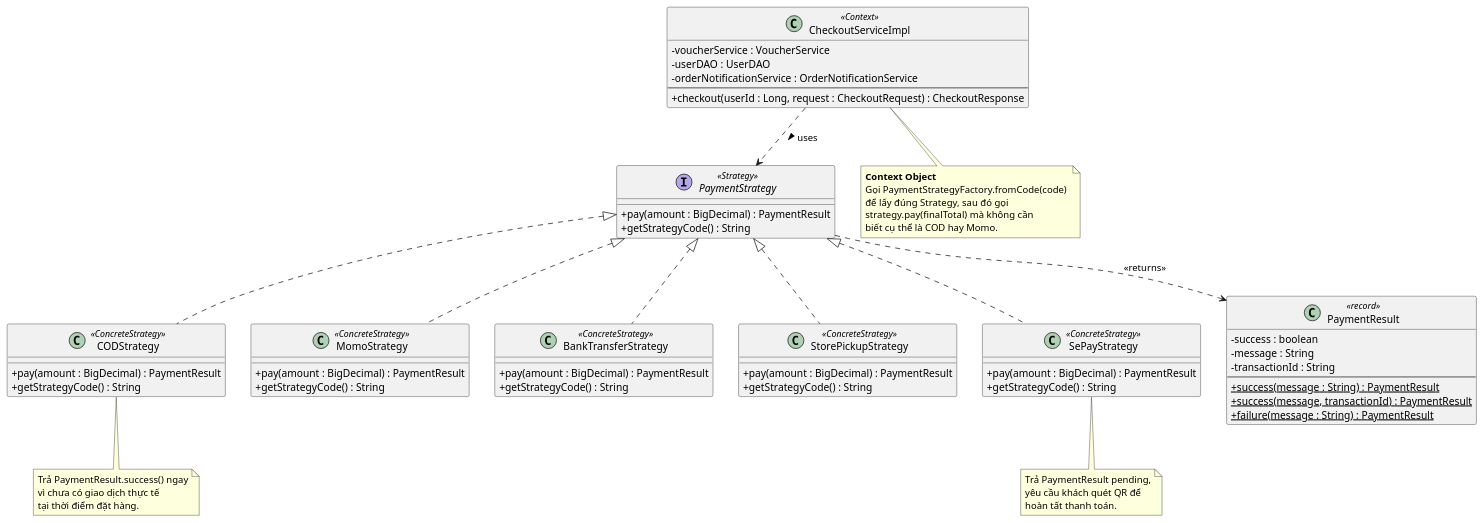
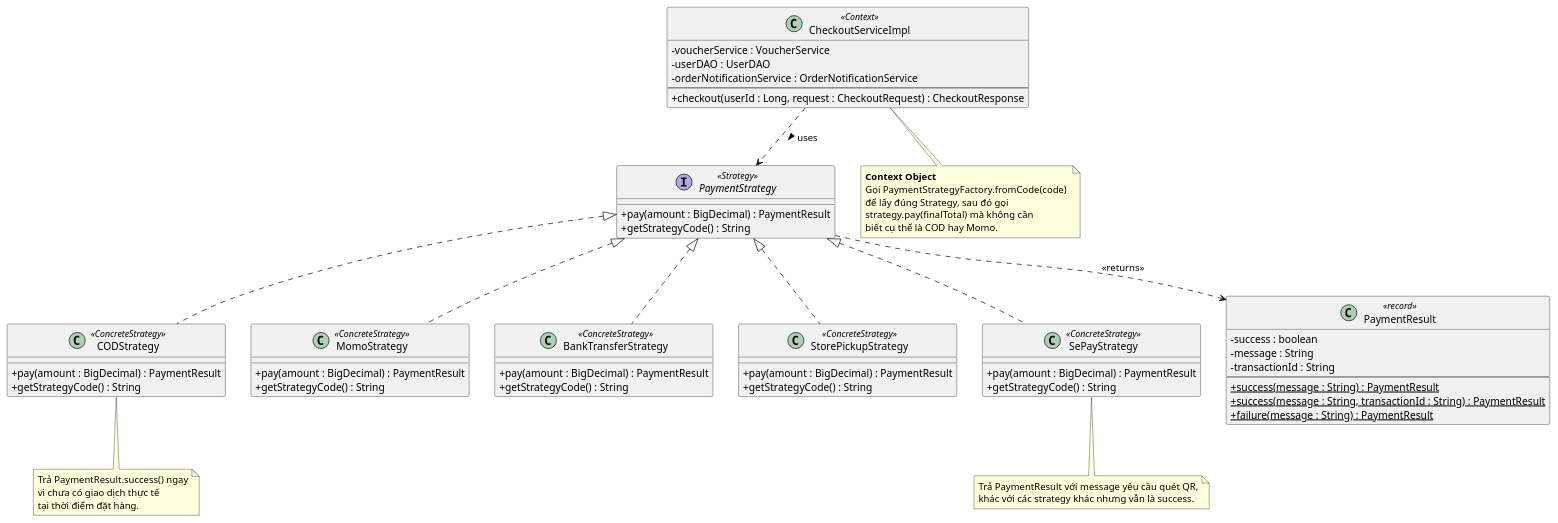
Before and after one commit to trihieuvo/justFUML: the diagram in src/Hieu_Pattern_Puml/strategy_payment.puml, drawn with PlantUML. The commit also changed 4 other files, not shown here.

First line of the commit message:
Update PlantUML diagrams for auth/checkout/payment

```diff
--- a/src/Hieu_Pattern_Puml/strategy_payment.puml
+++ b/src/Hieu_Pattern_Puml/strategy_payment.puml
@@ -1,86 +1,85 @@
 @startuml
 skinparam ClassAttributeIconSize 0
 
 ' --- Interface ---
 interface PaymentStrategy <<Strategy>> {
     + pay(amount : BigDecimal) : PaymentResult
     + getStrategyCode() : String
 }
 
 ' --- Concrete Strategies ---
 class CODStrategy <<ConcreteStrategy>> {
     + pay(amount : BigDecimal) : PaymentResult
     + getStrategyCode() : String
 }
 
 class MomoStrategy <<ConcreteStrategy>> {
     + pay(amount : BigDecimal) : PaymentResult
     + getStrategyCode() : String
 }
 
 class BankTransferStrategy <<ConcreteStrategy>> {
     + pay(amount : BigDecimal) : PaymentResult
     + getStrategyCode() : String
 }
 
 class StorePickupStrategy <<ConcreteStrategy>> {
     + pay(amount : BigDecimal) : PaymentResult
     + getStrategyCode() : String
 }
 
 class SePayStrategy <<ConcreteStrategy>> {
     + pay(amount : BigDecimal) : PaymentResult
     + getStrategyCode() : String
 }
 
 ' --- Context ---
 class CheckoutServiceImpl <<Context>> {
     - voucherService : VoucherService
     - userDAO : UserDAO
     - orderNotificationService : OrderNotificationService
     --
     + checkout(userId : Long, request : CheckoutRequest) : CheckoutResponse
 }
 
 ' --- Result ---
 class PaymentResult <<record>> {
-    - success : boolean
-    - message : String
-    - transactionId : String
-    --
-    + {static} success(message : String) : PaymentResult
-    + {static} success(message, transactionId) : PaymentResult
-    + {static} failure(message : String) : PaymentResult
+  - success : boolean
+  - message : String
+  - transactionId : String
+  --
+  + {static} success(message : String) : PaymentResult
+  + {static} success(message : String, transactionId : String) : PaymentResult
+  + {static} failure(message : String) : PaymentResult
 }
 
 ' --- Relationships ---
 PaymentStrategy <|.. CODStrategy
 PaymentStrategy <|.. MomoStrategy
 PaymentStrategy <|.. BankTransferStrategy
 PaymentStrategy <|.. StorePickupStrategy
 PaymentStrategy <|.. SePayStrategy
 CheckoutServiceImpl ..> PaymentStrategy : "uses >"
 PaymentStrategy ..> PaymentResult : "<<returns>>"
 
 ' --- Notes ---
 note bottom of CheckoutServiceImpl
   **Context Object**
   Gọi PaymentStrategyFactory.fromCode(code) 
   để lấy đúng Strategy, sau đó gọi
   strategy.pay(finalTotal) mà không cần 
   biết cụ thể là COD hay Momo.
 end note
 
 note bottom of CODStrategy
   Trả PaymentResult.success() ngay
   vì chưa có giao dịch thực tế 
   tại thời điểm đặt hàng.
 end note
 
 note bottom of SePayStrategy
-  Trả PaymentResult pending,
-  yêu cầu khách quét QR để 
-  hoàn tất thanh toán.
+  Trả PaymentResult với message yêu cầu quét QR,
+  khác với các strategy khác nhưng vẫn là success.
 end note
 
 @enduml
```
